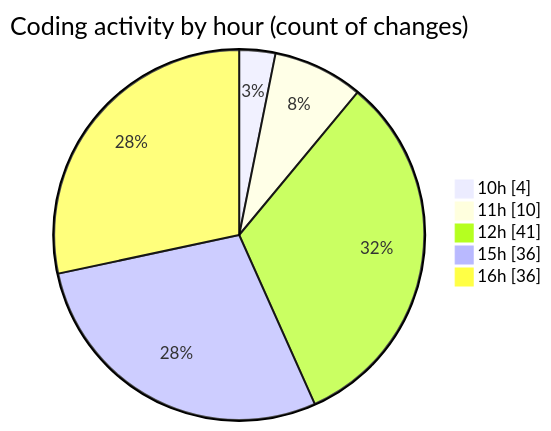
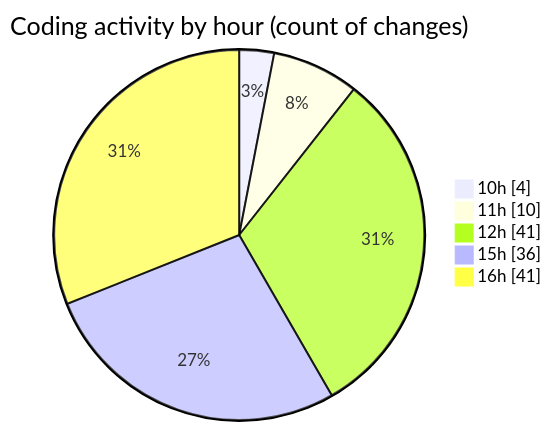
One commit to nxtqubesakshisongat/code-tracking changed the second of 2 diagrams in 2026-03-05/nxtqube_webapp/README.md. Above: the diagram before and after it, drawn with Mermaid. The commit also changed other lines of this file and 1 other file, not shown here.

````diff
--- a/2026-03-05/nxtqube_webapp/README.md
+++ b/2026-03-05/nxtqube_webapp/README.md
@@ -40,9 +40,9 @@
 ```mermaid
 pie showData
 title Coding activity by hour (count of changes)
 "10h" : 4
 "11h" : 10
 "12h" : 41
 "15h" : 36
-"16h" : 36
+"16h" : 41
 ```
````
